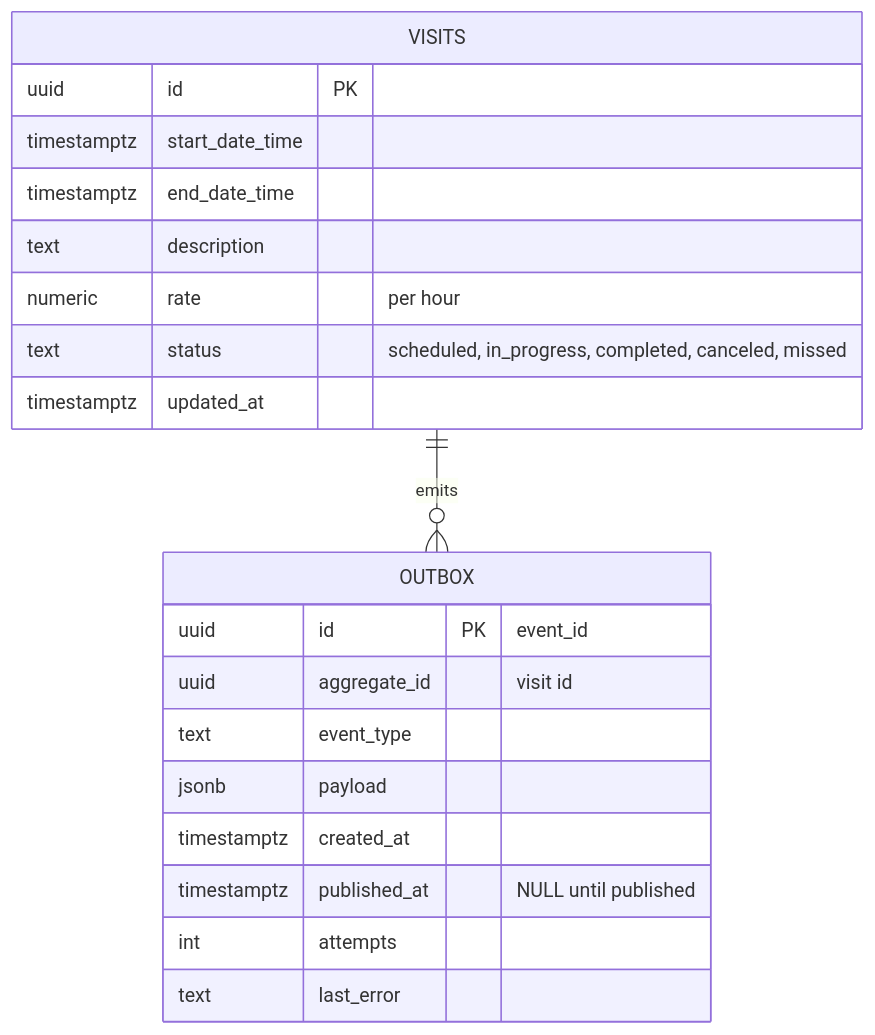
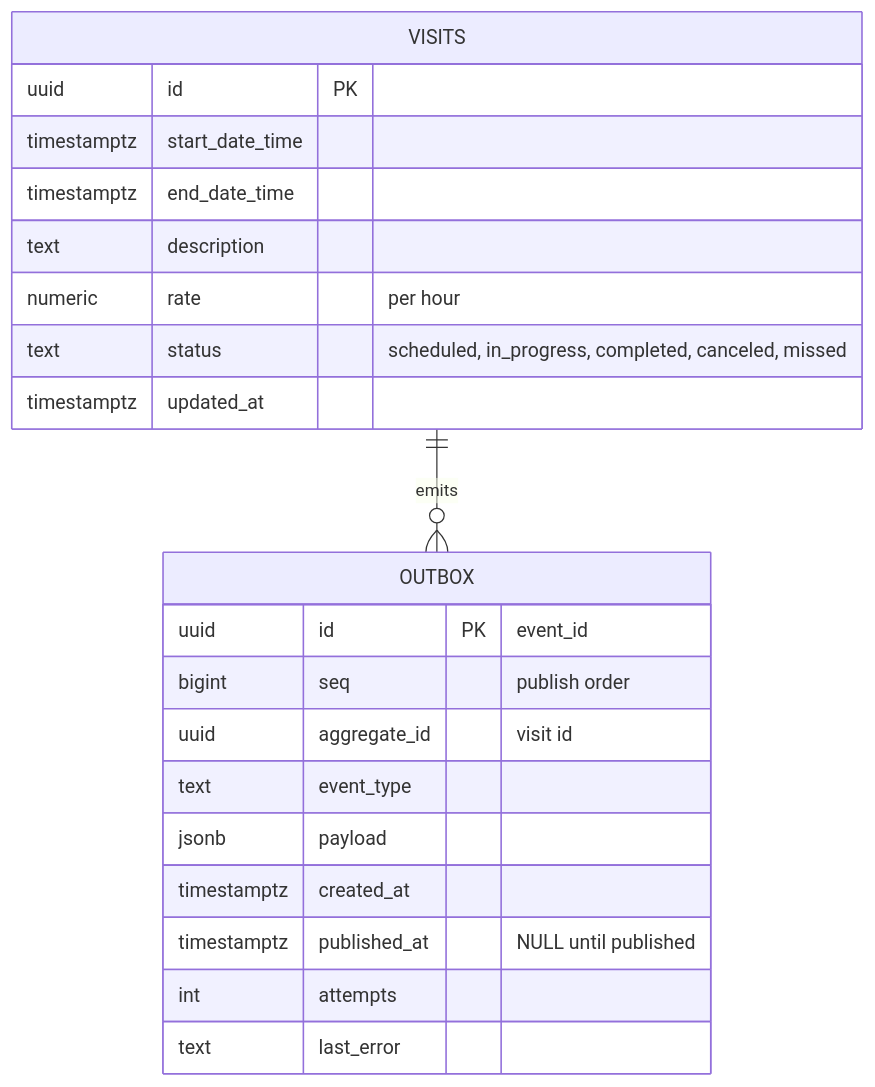
The seventh of 8 diagrams in docs/design/2026-11-11-architecture.md (signaldetect/billing-for-visits), drawn with Mermaid before and after one commit.

Commit message:
Add outbox seq column to architecture doc

````diff
--- a/docs/design/2026-11-11-architecture.md
+++ b/docs/design/2026-11-11-architecture.md
@@ -159,23 +159,24 @@
 ```mermaid
 erDiagram
     VISITS ||--o{ OUTBOX : emits
     VISITS {
         uuid id PK
         timestamptz start_date_time
         timestamptz end_date_time
         text description
         numeric rate "per hour"
         text status "scheduled, in_progress, completed, canceled, missed"
         timestamptz updated_at
     }
     OUTBOX {
         uuid id PK "event_id"
+        bigint seq "publish order"
         uuid aggregate_id "visit id"
         text event_type
         jsonb payload
         timestamptz created_at
         timestamptz published_at "NULL until published"
         int attempts
         text last_error
     }
 ```
````
